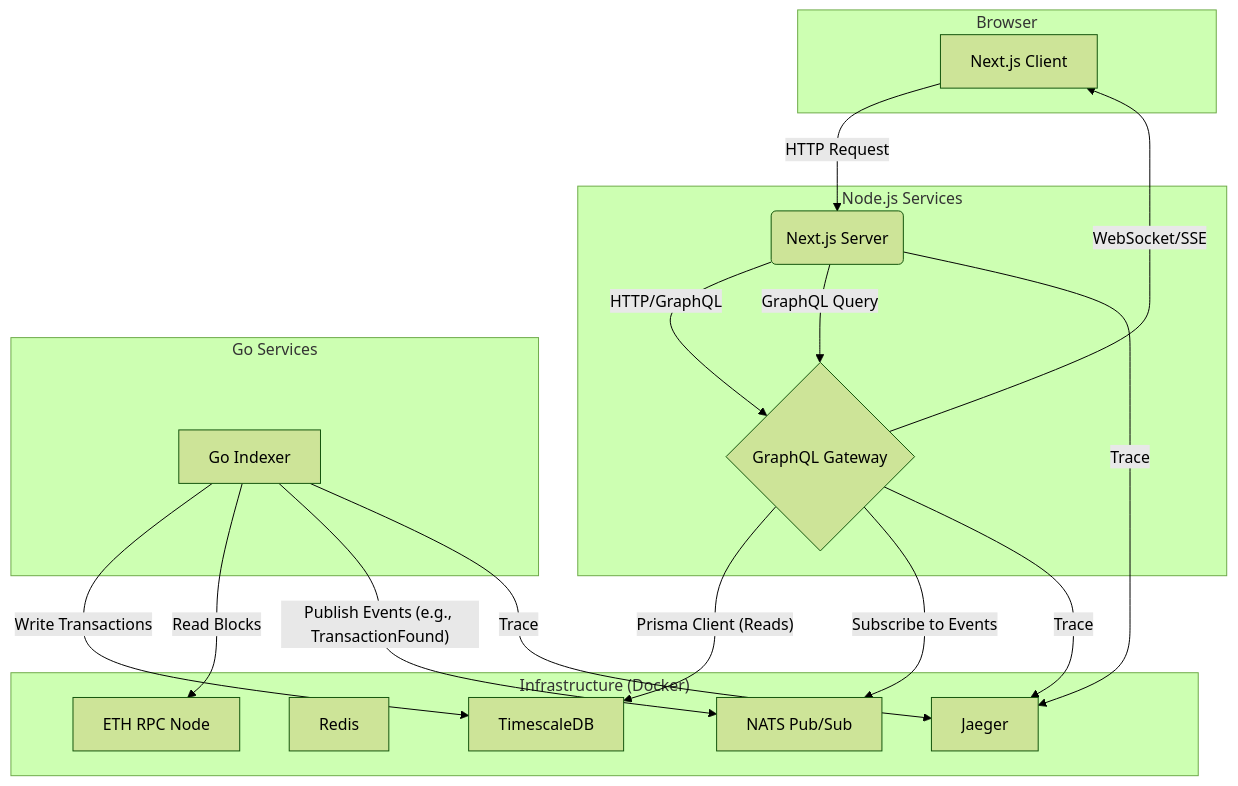
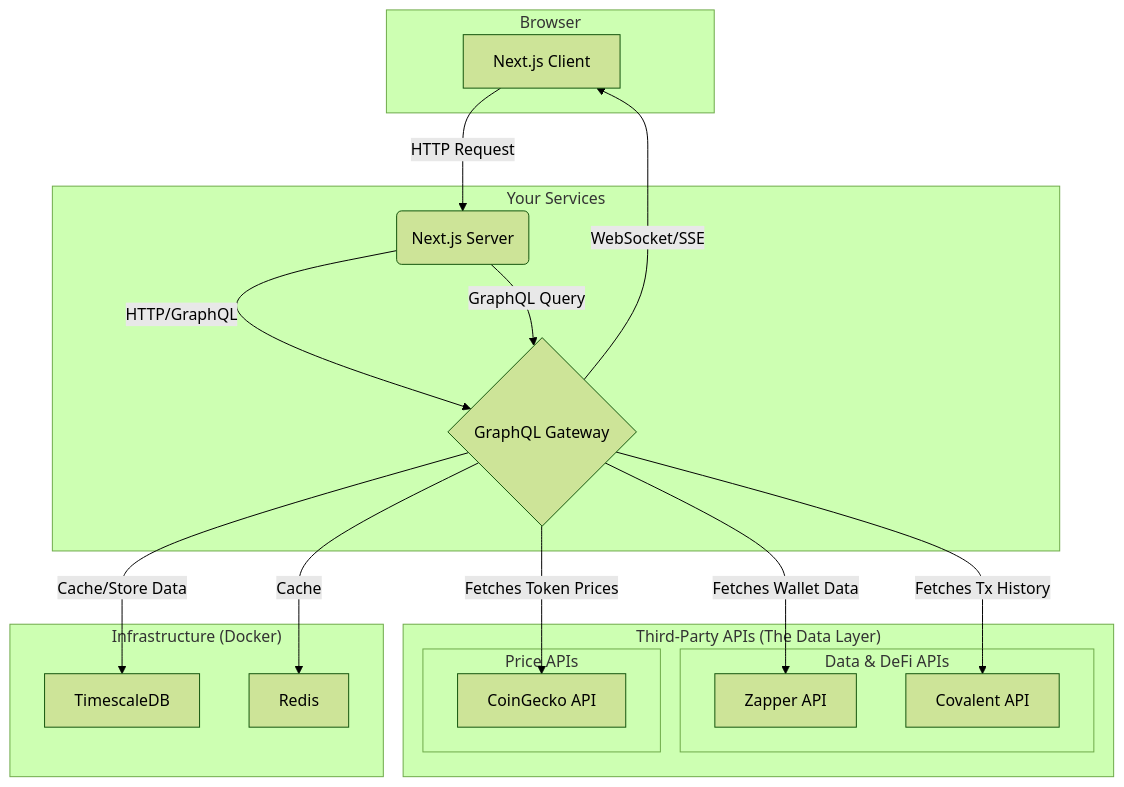
One commit to kaseLunt/crypto-wallet-tracker changed the diagram in README.md. Above: the diagram before and after it, drawn with Mermaid (forest theme). The commit also changed other lines of this file and 23 other files, not shown here.

````diff
--- a/README.md
+++ b/README.md
@@ -41,35 +39,36 @@
 ```mermaid
 graph TD
     subgraph Browser
         A[Next.js Client]
     end
 
-    subgraph "Node.js Services"
+    subgraph "Your Services"
         B(Next.js Server) -- "HTTP/GraphQL" --> C{GraphQL Gateway};
         C -- "WebSocket/SSE" --> A;
     end
 
-    subgraph "Go Services"
-        D[Go Indexer]
+    subgraph "Third-Party APIs (The Data Layer)"
+        subgraph "Data & DeFi APIs"
+            Z[Zapper API]
+            CV[Covalent API]
+        end
+        subgraph "Price APIs"
+            CG[CoinGecko API]
+        end
     end
 
     subgraph "Infrastructure (Docker)"
         E[TimescaleDB]
         F[Redis]
-        G[NATS Pub/Sub]
-        H[ETH RPC Node]
-        I[Jaeger]
     end
 
     A -- "HTTP Request" --> B;
     B -- "GraphQL Query" --> C;
-    C -- "Prisma Client (Reads)" --> E;
-    D -- "Write Transactions" --> E;
-    D -- "Read Blocks" --> H;
-    D -- "Publish Events (e.g., TransactionFound)" --> G;
-    C -- "Subscribe to Events" --> G;
 
-    B -- "Trace" --> I;
-    C -- "Trace" --> I;
-    D -- "Trace" --> I;
+    C -- "Fetches Wallet Data" --> Z;
+    C -- "Fetches Tx History" --> CV;
+    C -- "Fetches Token Prices" --> CG;
+
+    C -- "Cache/Store Data" --> E;
+    C -- "Cache" --> F;
 ```
````
